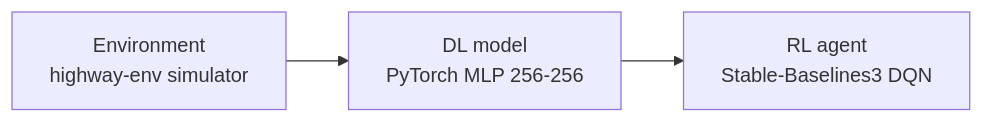
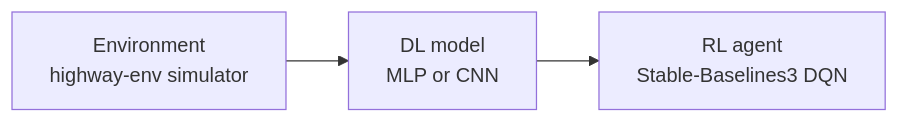
Before and after one commit to bablu2023/rl-highway-driving: the diagram in README.md, drawn with Mermaid. The commit also changed other lines of this file and 11 other files, not shown here.

````diff
--- a/README.md
+++ b/README.md
@@ -9,5 +10,5 @@
 ```mermaid
 flowchart LR
-    A[Environment<br/>highway-env simulator] --> B[DL model<br/>PyTorch MLP 256-256]
+    A[Environment<br/>highway-env simulator] --> B[DL model<br/>MLP or CNN]
     B --> C[RL agent<br/>Stable-Baselines3 DQN]
 ```
````
